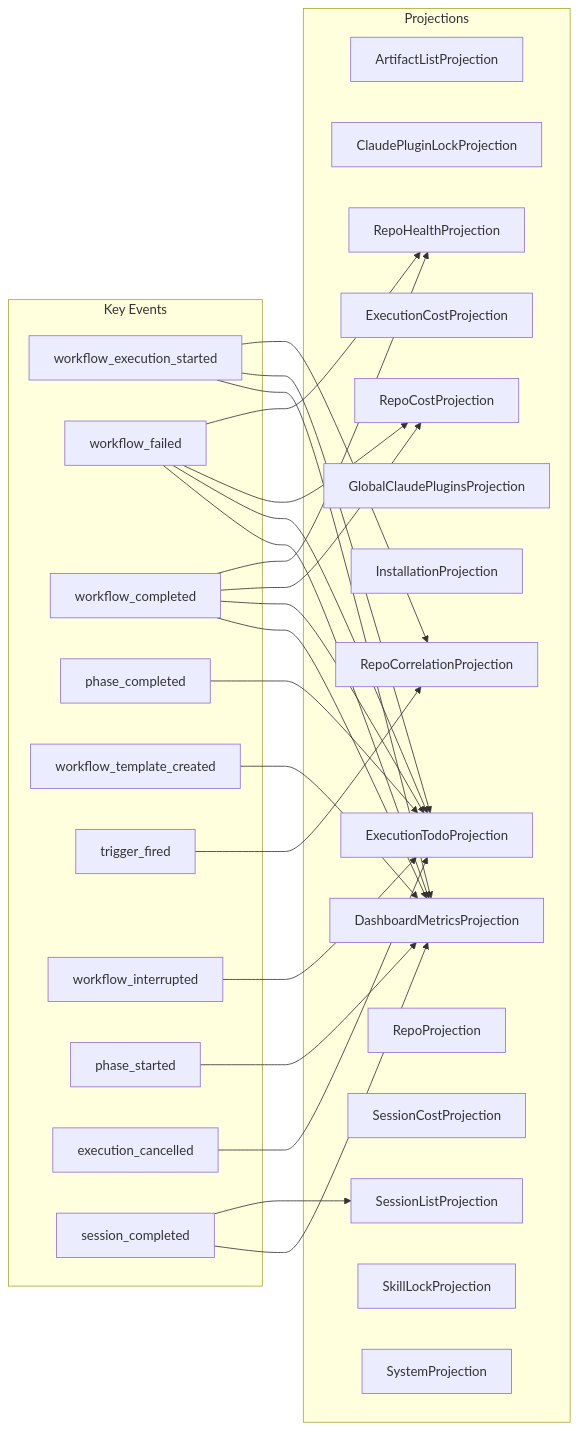
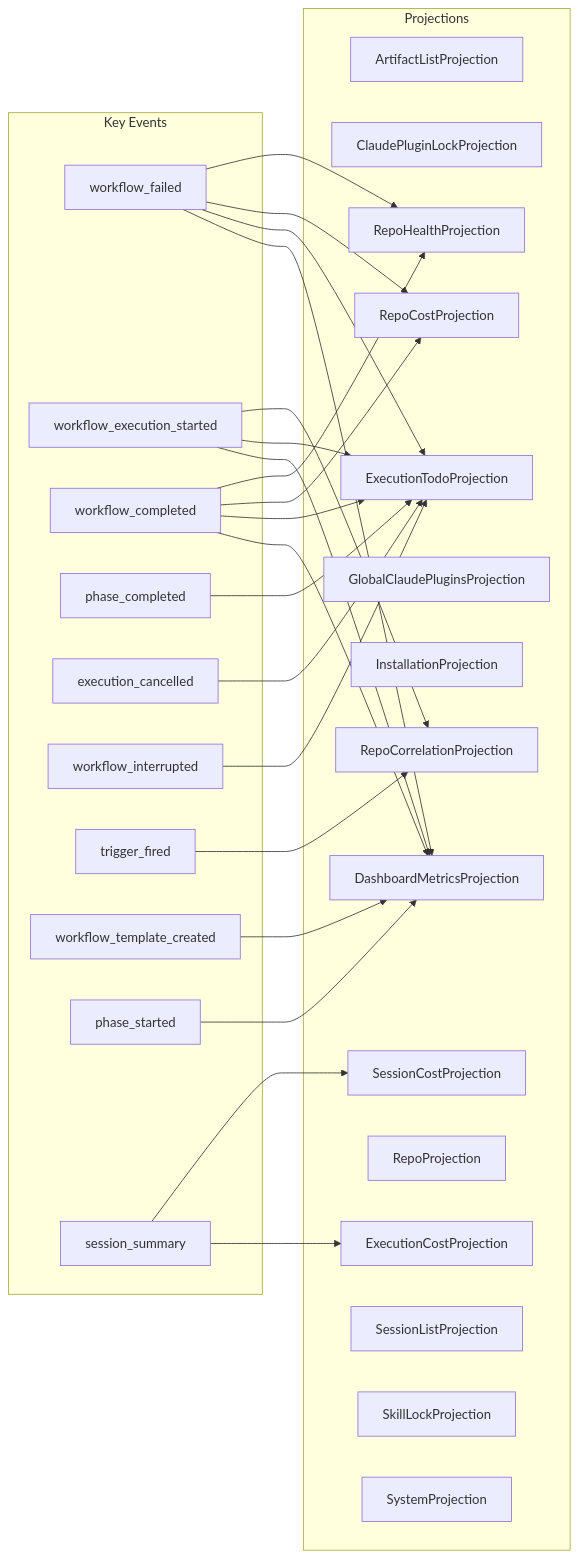
The diagram in docs/architecture/projection-subscriptions.md (syntropic137/syntropic137), drawn with Mermaid before and after one commit. The commit also changed other lines of this file and 18 other files, not shown here.

Commit message:
docs: synchronize architecture and references

````diff
--- a/docs/architecture/projection-subscriptions.md
+++ b/docs/architecture/projection-subscriptions.md
@@ -15,53 +15,53 @@
 ```mermaid
 graph LR
     subgraph events["Key Events"]
-        e1[workflow_execution_started]
-        e2[workflow_failed]
+        e1[workflow_failed]
+        e2[workflow_execution_started]
         e3[workflow_completed]
         e4[phase_completed]
-        e5[workflow_template_created]
-        e6[trigger_fired]
-        e7[workflow_interrupted]
-        e8[phase_started]
-        e9[execution_cancelled]
-        e10[session_completed]
+        e5[execution_cancelled]
+        e6[workflow_interrupted]
+        e7[trigger_fired]
+        e8[workflow_template_created]
+        e9[phase_started]
+        e10[session_summary]
     end
 
     subgraph projections["Projections"]
         p1[ArtifactListProjection]
         p2[ClaudePluginLockProjection]
         p3[DashboardMetricsProjection]
         p4[ExecutionCostProjection]
         p5[ExecutionTodoProjection]
         p6[GlobalClaudePluginsProjection]
         p7[InstallationProjection]
         p8[RepoCorrelationProjection]
         p9[RepoCostProjection]
         p10[RepoHealthProjection]
         p11[RepoProjection]
         p12[SessionCostProjection]
         p13[SessionListProjection]
         p14[SkillLockProjection]
         p15[SystemProjection]
     end
 
-    e5 --> p3
-    e10 --> p13
-    e10 --> p3
-    e6 --> p8
-    e1 --> p8
-    e1 --> p5
-    e1 --> p3
-    e2 --> p10
-    e2 --> p9
-    e2 --> p5
-    e2 --> p3
-    e7 --> p5
+    e7 --> p8
+    e10 --> p12
+    e10 --> p4
     e3 --> p10
     e3 --> p9
     e3 --> p5
     e3 --> p3
+    e1 --> p10
+    e1 --> p9
+    e1 --> p5
+    e1 --> p3
     e8 --> p3
-    e9 --> p5
     e4 --> p5
+    e5 --> p5
+    e6 --> p5
+    e2 --> p8
+    e2 --> p5
+    e2 --> p3
+    e9 --> p3
 ```
````
